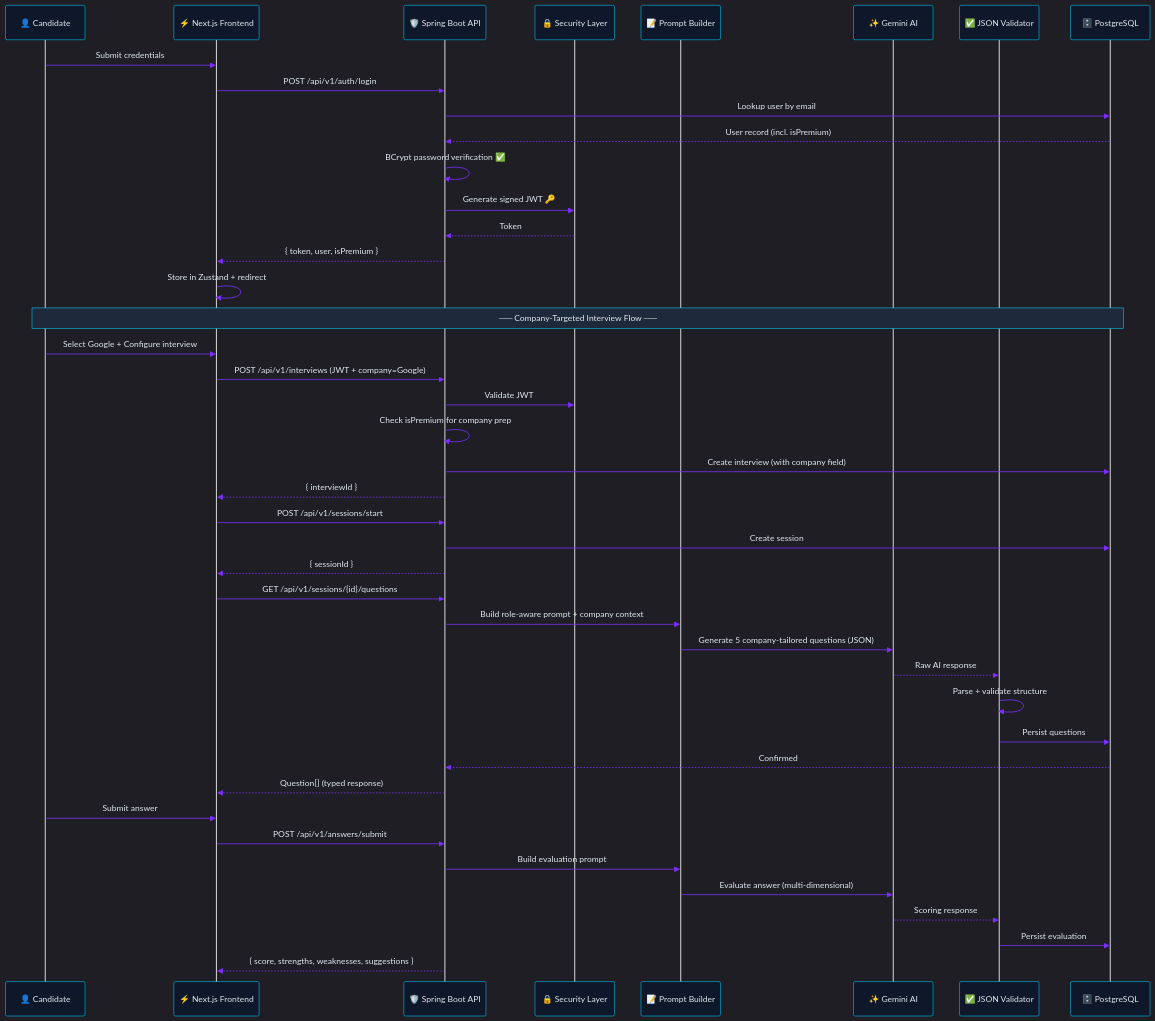
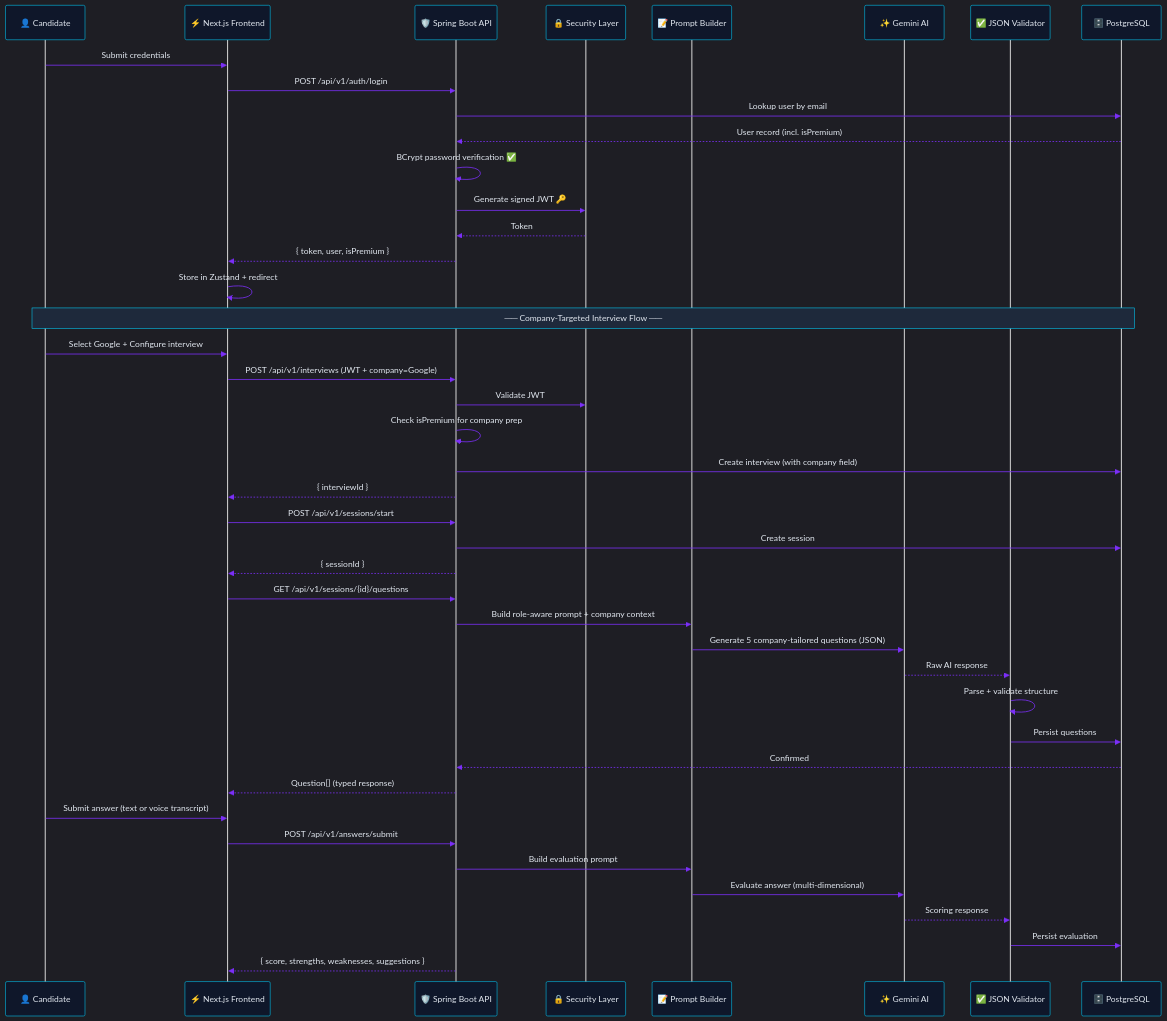
Before and after one commit to Jawahar08/interviewforge-ai: diagram 12 of 14 in README.md, drawn with Mermaid. The commit also changed other lines of this file and 3 other files, not shown here.

Commit message:
docs: complete README rewrite v3.0 with Voice AI, LeetCode Arena, System Design, animated SVGs, architecture diagrams, and full documentation

````diff
--- a/README.md
+++ b/README.md
@@ -614,53 +864,53 @@
 ```mermaid
 %%{init: {'theme': 'dark', 'themeVariables': { 'actorBkg': '#0f172a', 'actorBorder': '#00d2ff', 'actorTextColor': '#e2e8f0', 'signalColor': '#7b2ff7', 'signalTextColor': '#e2e8f0', 'noteBkgColor': '#1e293b', 'noteTextColor': '#e2e8f0', 'noteBorderColor': '#00d2ff', 'fontFamily': 'JetBrains Mono, monospace'}}}%%
 
 sequenceDiagram
     participant C as 👤 Candidate
     participant F as ⚡ Next.js Frontend
     participant A as 🛡️ Spring Boot API
     participant S as 🔒 Security Layer
     participant P as 📝 Prompt Builder
     participant G as ✨ Gemini AI
     participant V as ✅ JSON Validator
     participant D as 🗄️ PostgreSQL
 
     C->>F: Submit credentials
     F->>A: POST /api/v1/auth/login
     A->>D: Lookup user by email
     D-->>A: User record (incl. isPremium)
     A->>A: BCrypt password verification ✅
     A->>S: Generate signed JWT 🔑
     S-->>A: Token
     A-->>F: { token, user, isPremium }
     F->>F: Store in Zustand + redirect
 
     Note over C,D: ── Company-Targeted Interview Flow ──
 
     C->>F: Select Google + Configure interview
     F->>A: POST /api/v1/interviews (JWT + company=Google)
     A->>S: Validate JWT
     A->>A: Check isPremium for company prep
     A->>D: Create interview (with company field)
     A-->>F: { interviewId }
 
     F->>A: POST /api/v1/sessions/start
     A->>D: Create session
     A-->>F: { sessionId }
 
     F->>A: GET /api/v1/sessions/{id}/questions
     A->>P: Build role-aware prompt + company context
     P->>G: Generate 5 company-tailored questions (JSON)
     G-->>V: Raw AI response
     V->>V: Parse + validate structure
     V->>D: Persist questions
     D-->>A: Confirmed
     A-->>F: Question[] (typed response)
 
-    C->>F: Submit answer
+    C->>F: Submit answer (text or voice transcript)
     F->>A: POST /api/v1/answers/submit
     A->>P: Build evaluation prompt
     P->>G: Evaluate answer (multi-dimensional)
     G-->>V: Scoring response
     V->>D: Persist evaluation
     A-->>F: { score, strengths, weaknesses, suggestions }
 ```
````
